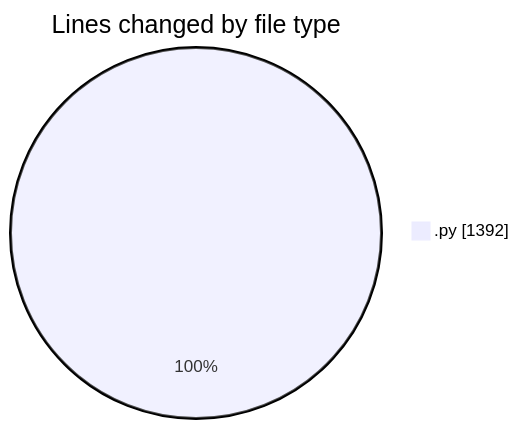
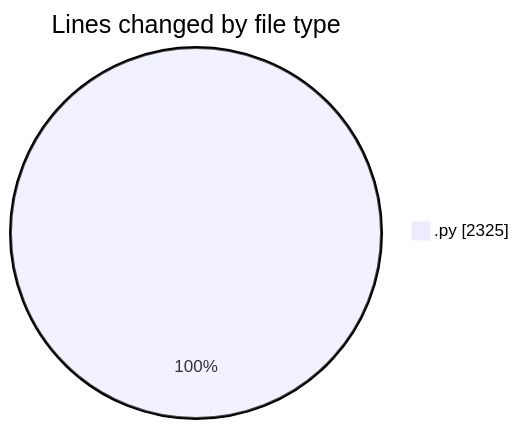
The first of 2 diagrams in 2025-11-23/eventscop-api-guide__workspace_/README.md (julien-gomy/code-tracking), drawn with Mermaid before and after one commit. The commit also changed other lines of this file and 1 other file, not shown here.

````diff
--- a/2025-11-23/eventscop-api-guide__workspace_/README.md
+++ b/2025-11-23/eventscop-api-guide__workspace_/README.md
@@ -30,5 +31,5 @@
 ```mermaid
 pie showData
 title Lines changed by file type
-".py" : 1392
+".py" : 2325
 ```
````
